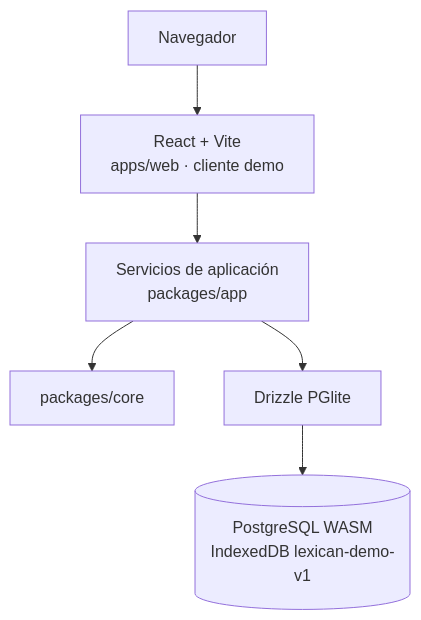
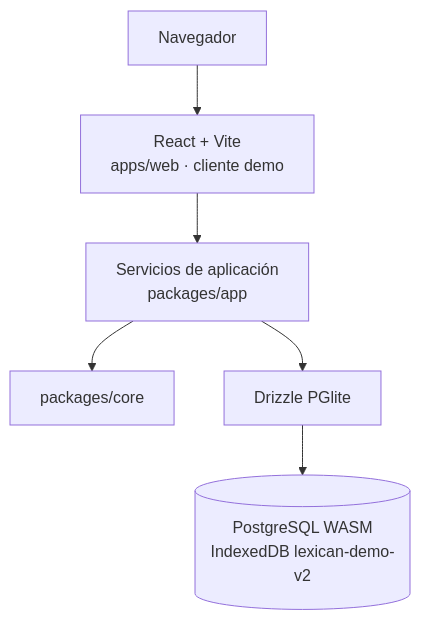
The second of 2 diagrams in docs/ARCHITECTURE.md (ateeducacion/lexican), drawn with Mermaid before and after one commit. The commit also changed 20 other files, not shown here.

````diff
--- a/docs/ARCHITECTURE.md
+++ b/docs/ARCHITECTURE.md
@@ -26,8 +26,8 @@
 ```mermaid
 flowchart TB
   B[Navegador] --> W[React + Vite<br/>apps/web · cliente demo]
   W --> S[Servicios de aplicación<br/>packages/app]
   S --> C[packages/core]
   S --> D[Drizzle PGlite]
-  D --> I[(PostgreSQL WASM<br/>IndexedDB lexican-demo-v1)]
+  D --> I[(PostgreSQL WASM<br/>IndexedDB lexican-demo-v2)]
 ```
````
